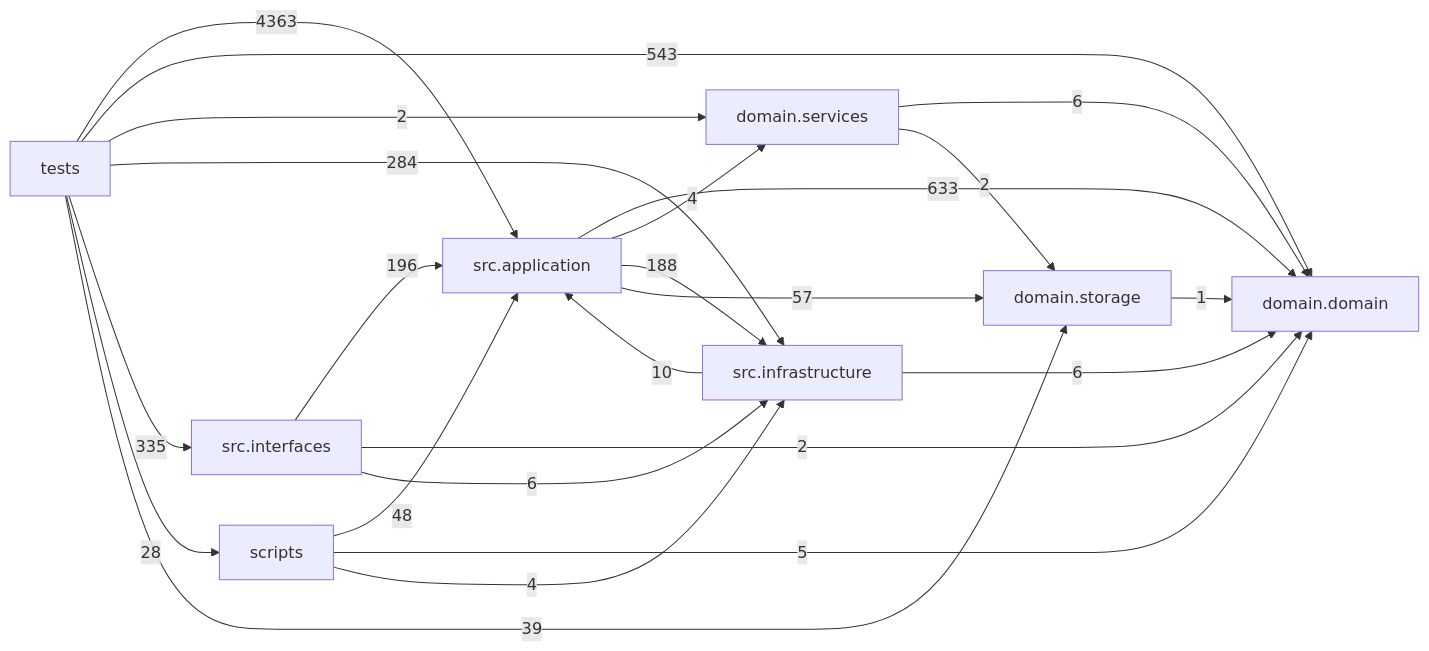
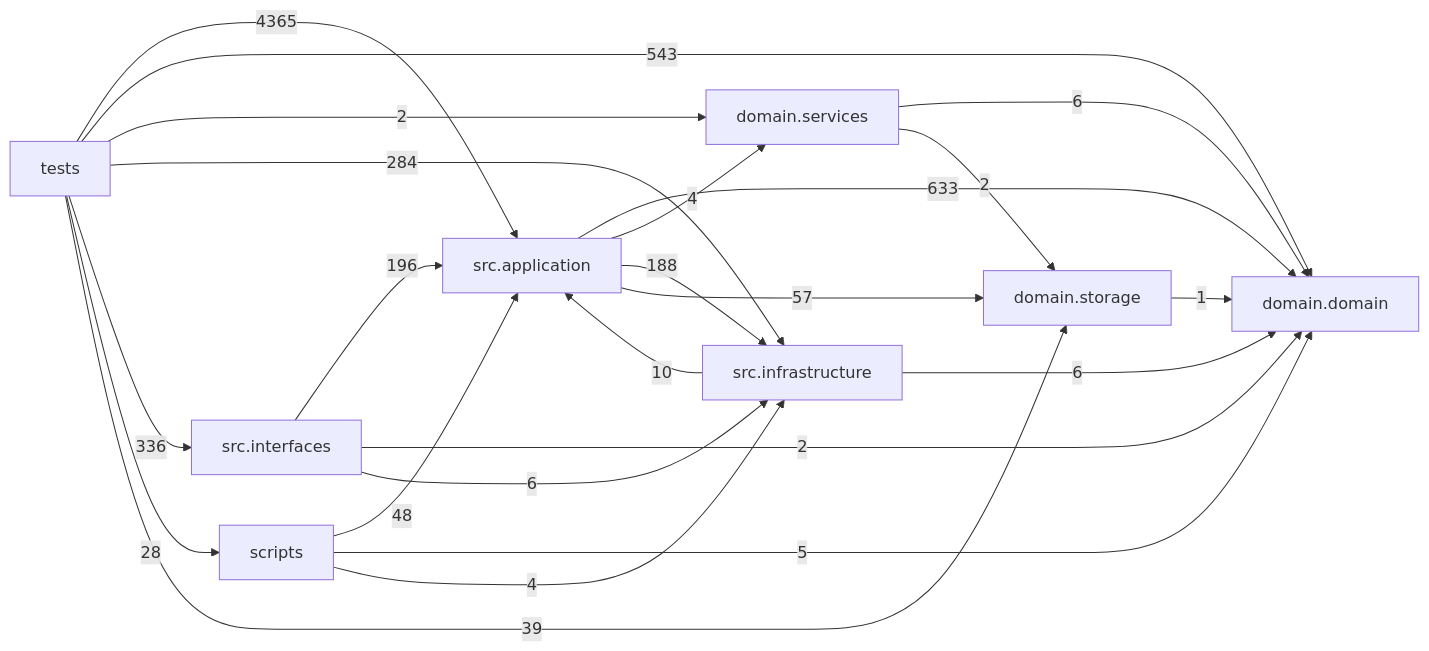
Before and after one commit to liuxie066/options-monitor: the diagram in docs/DEPENDENCY_GRAPH.md, drawn with Mermaid. The commit also changed other lines of this file and 5 other files, not shown here.

````diff
--- a/docs/DEPENDENCY_GRAPH.md
+++ b/docs/DEPENDENCY_GRAPH.md
@@ -24,33 +24,33 @@
 ```mermaid
 flowchart LR
   tests["tests"]
   scripts["scripts"]
   interfaces["src.interfaces"]
   application["src.application"]
   infrastructure["src.infrastructure"]
   domain_services["domain.services"]
   domain["domain.domain"]
   storage["domain.storage"]
   application -->|633| domain
   application -->|4| domain_services
   application -->|188| infrastructure
   application -->|57| storage
   domain_services -->|6| domain
   domain_services -->|2| storage
   infrastructure -->|10| application
   infrastructure -->|6| domain
   interfaces -->|196| application
   interfaces -->|2| domain
   interfaces -->|6| infrastructure
   scripts -->|48| application
   scripts -->|5| domain
   scripts -->|4| infrastructure
   storage -->|1| domain
-  tests -->|4363| application
+  tests -->|4365| application
   tests -->|543| domain
   tests -->|2| domain_services
   tests -->|284| infrastructure
-  tests -->|335| interfaces
+  tests -->|336| interfaces
   tests -->|28| scripts
   tests -->|39| storage
 ```
````
